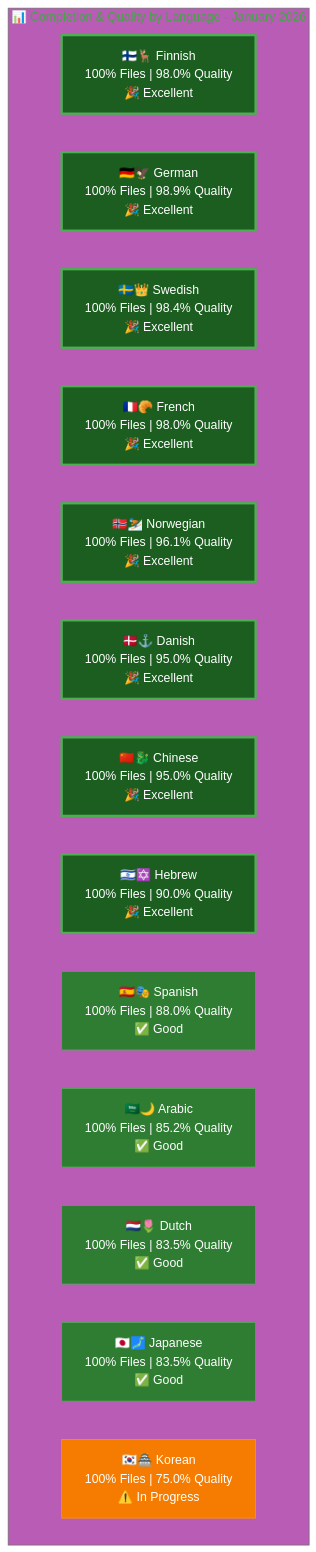
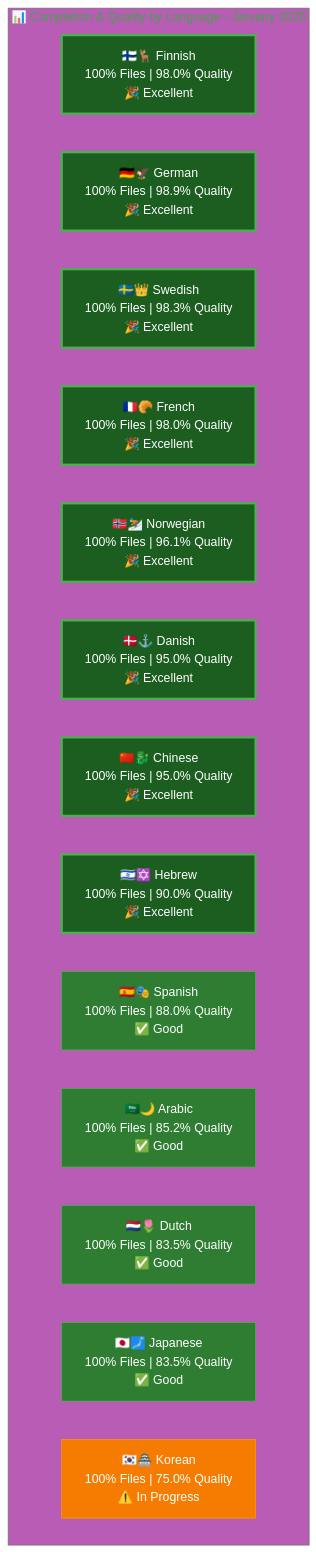
One commit to Hack23/homepage changed the second of 2 diagrams in TRANSLATION_DOCUMENTATION_README.md. Above: the diagram before and after it, drawn with Mermaid. The commit also changed other lines of this file and 2 other files, not shown here.

Commit message:
Fix review issues: Add complete hreflang tags to breadcrumb-example_sv.html and correct quality scores

````diff
--- a/TRANSLATION_DOCUMENTATION_README.md
+++ b/TRANSLATION_DOCUMENTATION_README.md
@@ -303,35 +303,35 @@
 ```mermaid
 %%{init: {'theme':'base', 'themeVariables': { 'primaryColor':'#4CAF50','fontSize':'16px'}}}%%
 graph TB
     subgraph "📊 Completion & Quality by Language - January 2026"
         FI["🇫🇮🦌 Finnish<br/>100% Files | 98.0% Quality<br/>🎉 Excellent"]
         DE["🇩🇪🦅 German<br/>100% Files | 98.9% Quality<br/>🎉 Excellent"]
-        SV["🇸🇪👑 Swedish<br/>100% Files | 98.4% Quality<br/>🎉 Excellent"]
+        SV["🇸🇪👑 Swedish<br/>100% Files | 98.3% Quality<br/>🎉 Excellent"]
         FR["🇫🇷🥐 French<br/>100% Files | 98.0% Quality<br/>🎉 Excellent"]
         
         NO["🇳🇴⛷️ Norwegian<br/>100% Files | 96.1% Quality<br/>🎉 Excellent"]
         DA["🇩🇰⚓ Danish<br/>100% Files | 95.0% Quality<br/>🎉 Excellent"]
         ZH["🇨🇳🐉 Chinese<br/>100% Files | 95.0% Quality<br/>🎉 Excellent"]
         HE["🇮🇱✡️ Hebrew<br/>100% Files | 90.0% Quality<br/>🎉 Excellent"]
         
         ES["🇪🇸🎭 Spanish<br/>100% Files | 88.0% Quality<br/>✅ Good"]
         AR["🇸🇦🌙 Arabic<br/>100% Files | 85.2% Quality<br/>✅ Good"]
         NL["🇳🇱🌷 Dutch<br/>100% Files | 83.5% Quality<br/>✅ Good"]
         JA["🇯🇵🗾 Japanese<br/>100% Files | 83.5% Quality<br/>✅ Good"]
         KO["🇰🇷🏯 Korean<br/>100% Files | 75.0% Quality<br/>⚠️ In Progress"]
         
         style FI fill:#1B5E20,stroke:#4CAF50,color:#fff,stroke-width:3px
         style DE fill:#1B5E20,stroke:#4CAF50,color:#fff,stroke-width:3px
         style SV fill:#1B5E20,stroke:#4CAF50,color:#fff,stroke-width:3px
         style FR fill:#1B5E20,stroke:#4CAF50,color:#fff,stroke-width:3px
         style NO fill:#1B5E20,stroke:#4CAF50,color:#fff,stroke-width:3px
         style DA fill:#1B5E20,stroke:#4CAF50,color:#fff,stroke-width:3px
         style ZH fill:#1B5E20,stroke:#4CAF50,color:#fff,stroke-width:3px
         style HE fill:#1B5E20,stroke:#4CAF50,color:#fff,stroke-width:3px
         style ES fill:#2E7D32,stroke:#4CAF50,color:#fff
         style AR fill:#2E7D32,stroke:#4CAF50,color:#fff
         style NL fill:#2E7D32,stroke:#4CAF50,color:#fff
         style JA fill:#2E7D32,stroke:#4CAF50,color:#fff
         style KO fill:#F57C00,stroke:#FF9800,color:#fff
     end
 ```
````
